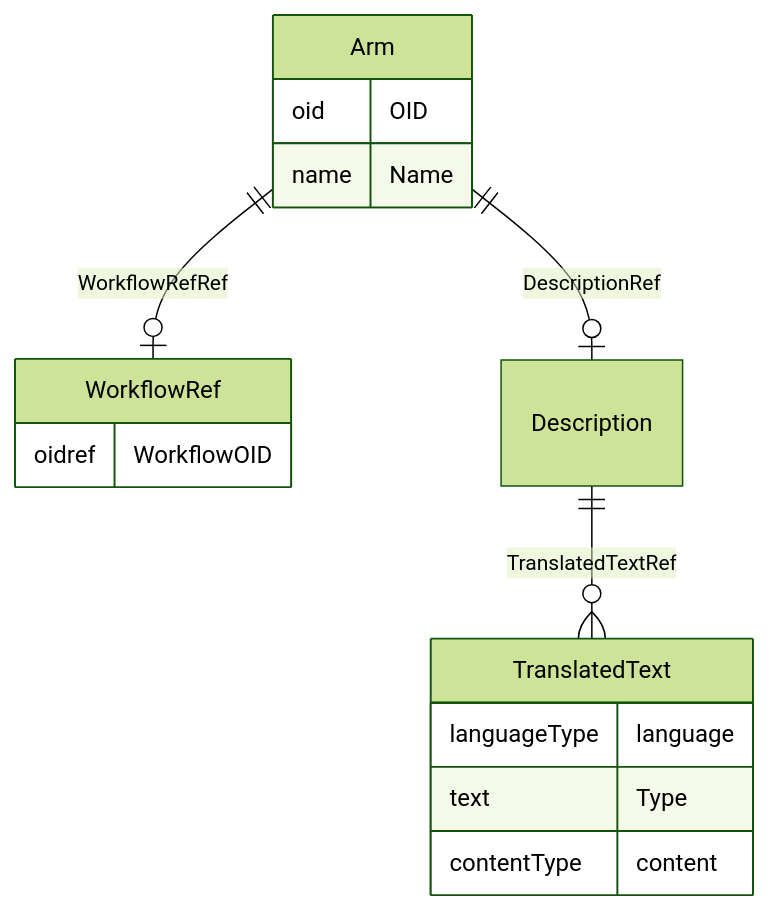
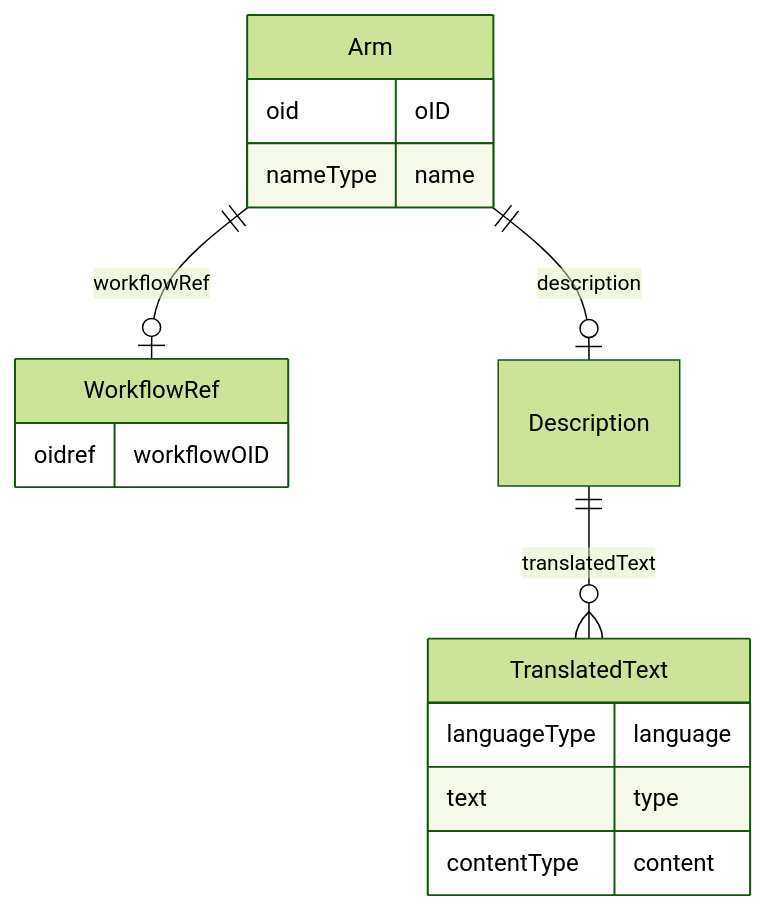
One commit to cdisc-org/DataExchange-ODM-LinkML changed the diagram in docs/Arm.md. Above: the diagram before and after it, drawn with Mermaid (forest theme). The commit also changed other lines of this file and 759 other files, not shown here.

````diff
--- a/docs/Arm.md
+++ b/docs/Arm.md
@@ -11,23 +11,23 @@
 ```mermaid
 erDiagram
 Arm {
-    oid OID  
-    name Name  
+    oid oID  
+    nameType name  
 }
 WorkflowRef {
-    oidref WorkflowOID  
+    oidref workflowOID  
 }
 Description {
 
 }
 TranslatedText {
     languageType language  
-    text Type  
+    text type  
     contentType content  
 }
 
-Arm ||--|o Description : "DescriptionRef"
-Arm ||--|o WorkflowRef : "WorkflowRefRef"
-Description ||--}o TranslatedText : "TranslatedTextRef"
+Arm ||--|o Description : "description"
+Arm ||--|o WorkflowRef : "workflowRef"
+Description ||--}o TranslatedText : "translatedText"
 
 ```
````
